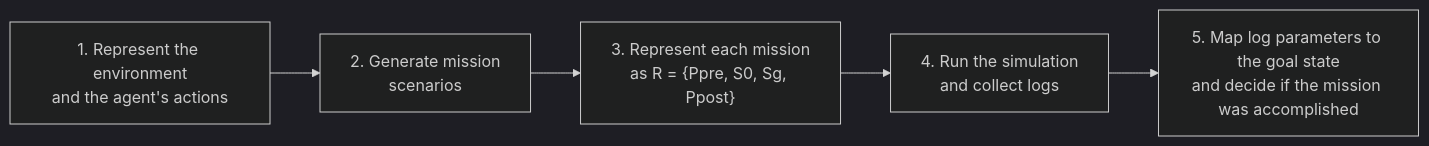
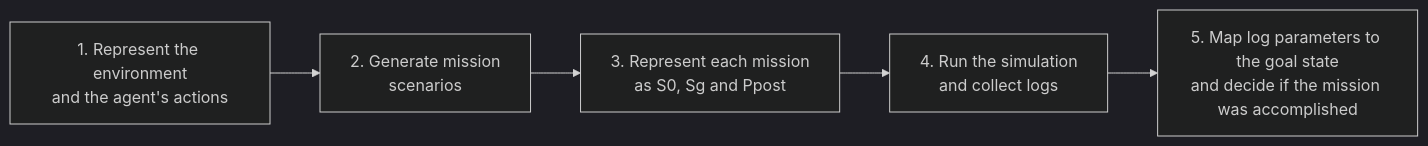
Before and after one commit to Ps-Tl-lp/DASA: the second of 3 diagrams in docs/design.md, drawn with Mermaid (dark theme). The commit also changed other lines of this file and 1 other file, not shown here.

First line of the commit message:
Keep preconditions in the platform config, not the mission

````diff
--- a/docs/design.md
+++ b/docs/design.md
@@ -44,7 +44,7 @@
 ```mermaid
 flowchart LR
     S1["1. Represent the environment<br/>and the agent's actions"] --> S2["2. Generate mission<br/>scenarios"]
-    S2 --> S3["3. Represent each mission<br/>as R = {Ppre, S0, Sg, Ppost}"]
+    S2 --> S3["3. Represent each mission<br/>as S0, Sg and Ppost"]
     S3 --> S4["4. Run the simulation<br/>and collect logs"]
     S4 --> S5["5. Map log parameters to the goal state<br/>and decide if the mission was accomplished"]
 ```
````
